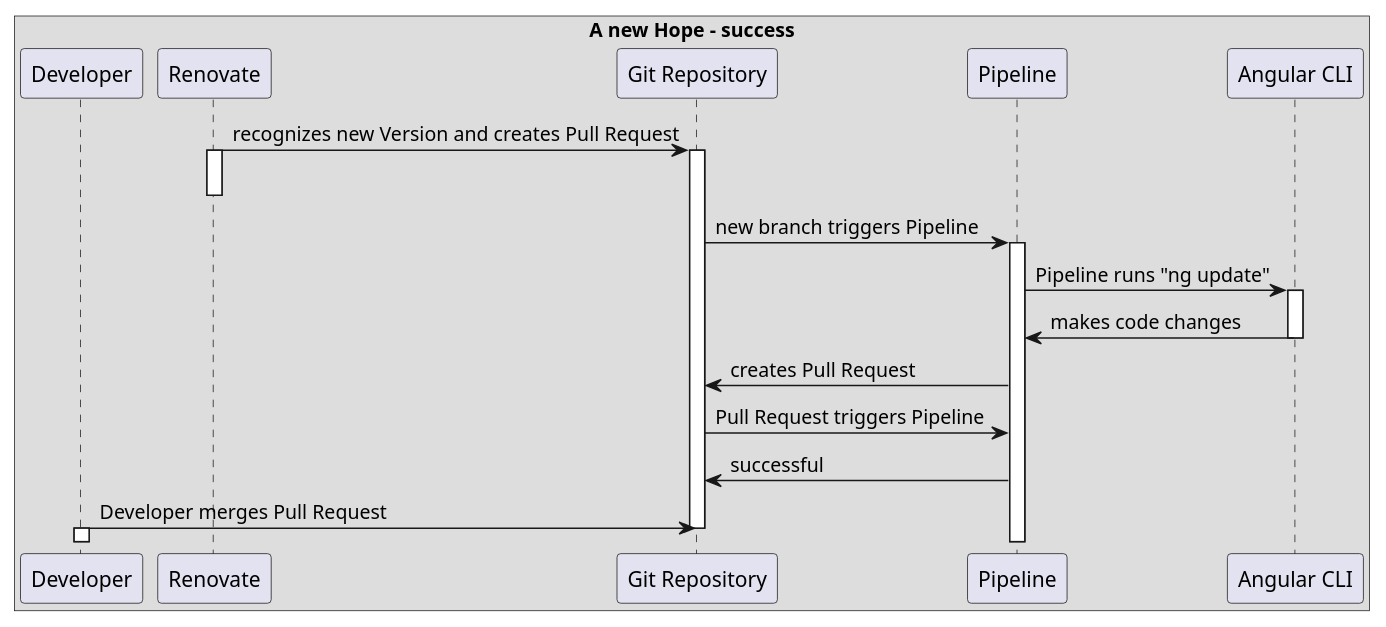
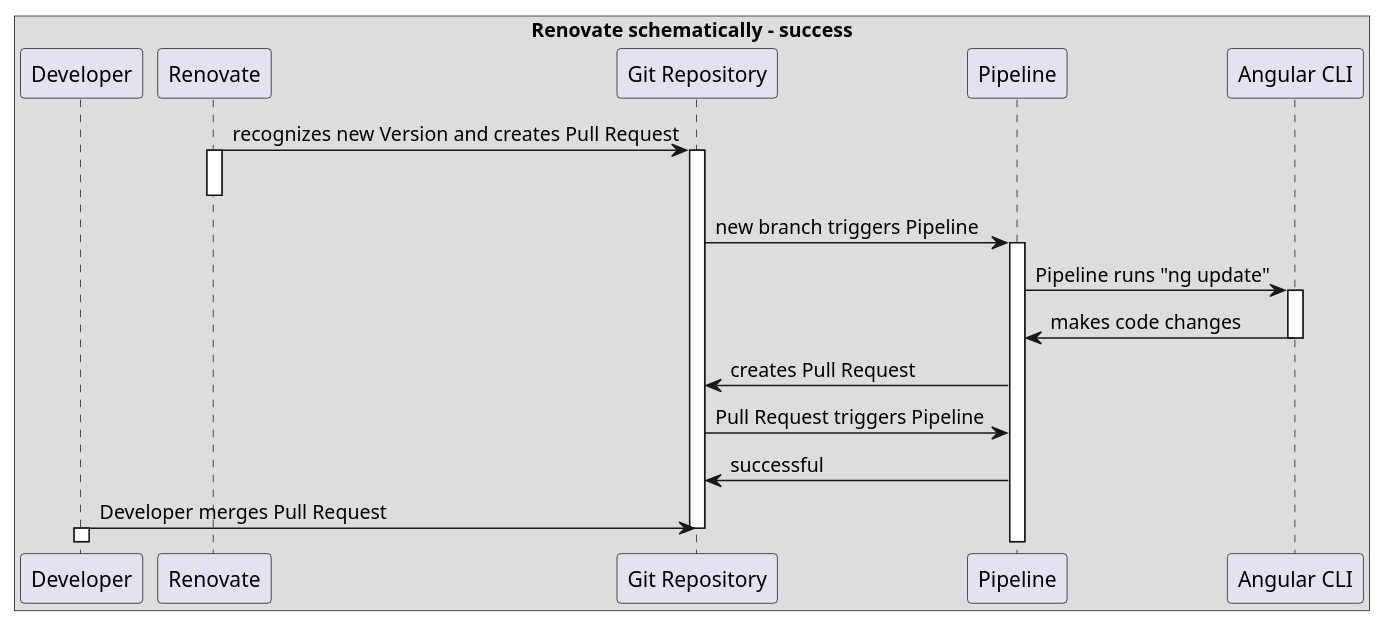
Before and after one commit to Gepardec/renovate: the diagram in diagrams/success-sequence.puml, drawn with PlantUML. The commit also changed 3 other files, not shown here.

Commit message:
update diagram titles

```diff
--- a/diagrams/success-sequence.puml
+++ b/diagrams/success-sequence.puml
@@ -1,32 +1,32 @@
 @startuml
-box A new Hope - success
+box Renovate schematically - success
 participant Developer
 
 participant Renovate
 
 Renovate -> "Git Repository" : recognizes new Version and creates Pull Request
 activate Renovate
 activate "Git Repository"
 deactivate Renovate
 
 "Git Repository" -> Pipeline : new branch triggers Pipeline
 activate Pipeline
 
 Pipeline -> "Angular CLI" : Pipeline runs "ng update"
 activate "Angular CLI"
 
 "Angular CLI" -> Pipeline : makes code changes
 deactivate "Angular CLI"
 
 Pipeline -> "Git Repository" : creates Pull Request
 
 "Git Repository" -> Pipeline : Pull Request triggers Pipeline
 
 Pipeline -> "Git Repository" : successful
 
 "Developer" -> "Git Repository" : Developer merges Pull Request
 deactivate "Git Repository"
 activate Developer
 deactivate Developer
 end box
 @enduml
```
